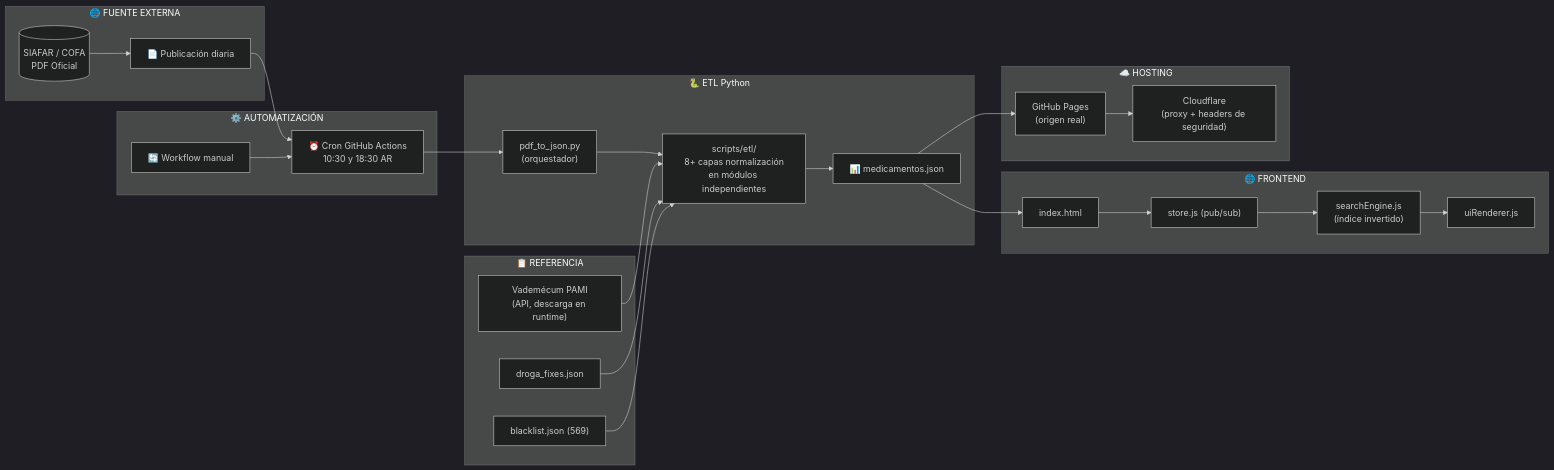
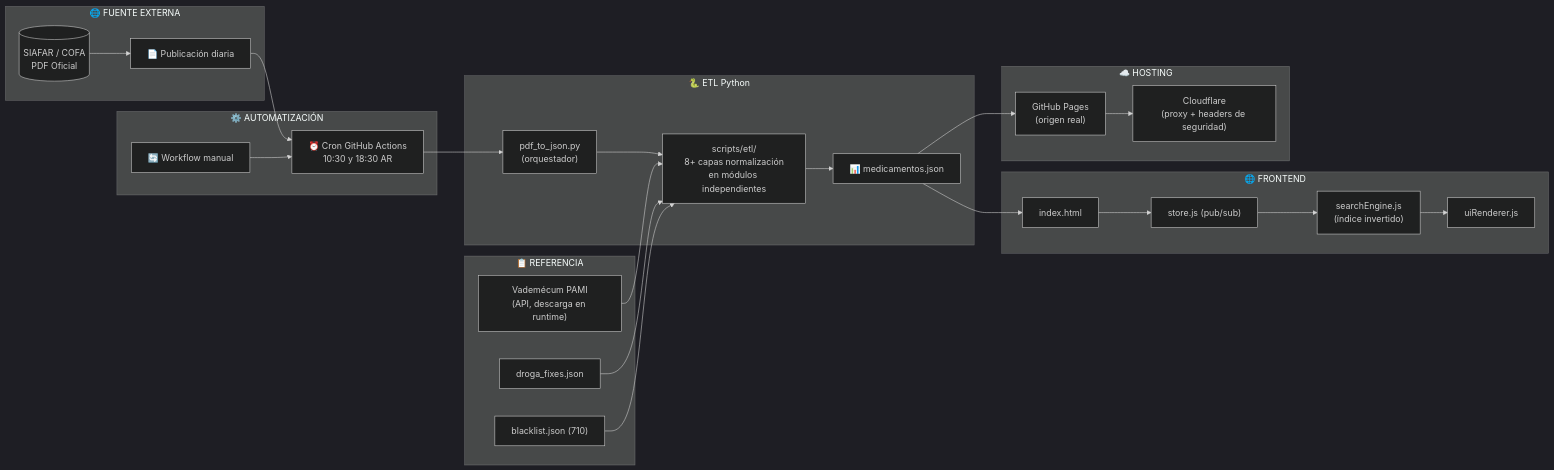
One commit to psbella/remedi.ar changed the third of 10 diagrams in README.md. Above: the diagram before and after it, drawn with Mermaid (dark theme). The commit also changed other lines of this file and 2 other files, not shown here.

First line of the commit message:
fix(a11y) + docs(readme): admin-panel rename, blacklist count, EN/ES parity

````diff
--- a/README.md
+++ b/README.md
@@ -600,53 +600,53 @@
 ```mermaid
 flowchart LR
 
     subgraph ONE["🌐 FUENTE EXTERNA"]
         A[("SIAFAR / COFA\nPDF Oficial")]
         B["📄 Publicación diaria"]
     end
 
     subgraph TWO["⚙️ AUTOMATIZACIÓN"]
         C["⏰ Cron GitHub Actions\n10:30 y 18:30 AR"]
         D["🔄 Workflow manual"]
     end
 
     subgraph THREE["🐍 ETL Python"]
         E["pdf_to_json.py\n(orquestador)"]
         E2["scripts/etl/\n8+ capas normalización\nen módulos independientes"]
         G["📊 medicamentos.json"]
     end
 
     subgraph REF["📋 REFERENCIA"]
         H["Vademécum PAMI\n(API, descarga en runtime)"]
         I["droga_fixes.json"]
-        J["blacklist.json (569)"]
+        J["blacklist.json (710)"]
     end
 
     subgraph FIVE["🌐 FRONTEND"]
         K["index.html"]
         L["store.js (pub/sub)"]
         M["searchEngine.js\n(índice invertido)"]
         N["uiRenderer.js"]
     end
 
     subgraph SEVEN["☁️ HOSTING"]
         Q["GitHub Pages\n(origen real)"]
         R["Cloudflare\n(proxy + headers de seguridad)"]
     end
 
     A --> B
     B --> C
     D --> C
     C --> E
     E --> E2
     H --> E2
     I --> E2
     J --> E2
     E2 --> G
     G --> K
     K --> L
     L --> M
     M --> N
     G --> Q
     Q --> R
 ```
````
